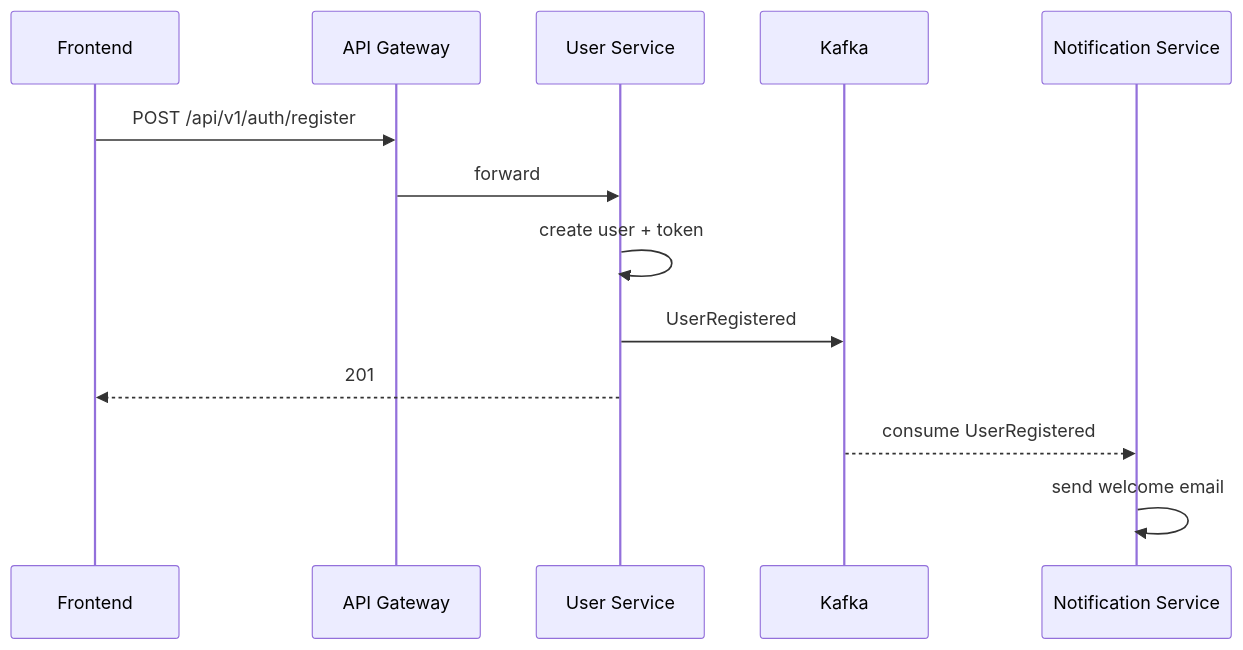
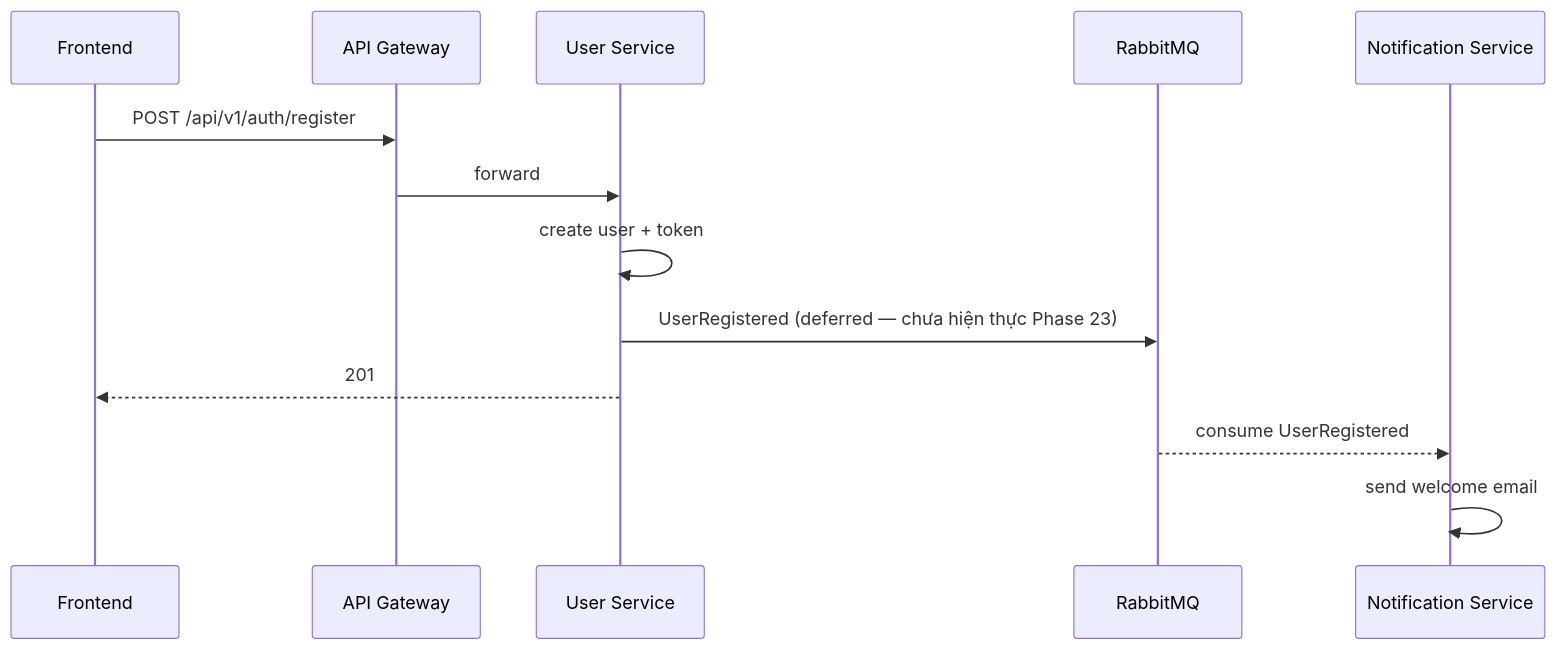
The first of 6 diagrams in architecture/02-sequence-diagrams.md (dminhduc250136/ptit_htpt), drawn with Mermaid before and after one commit. The commit also changed other lines of this file and 3 other files, not shown here.

````diff
--- a/architecture/02-sequence-diagrams.md
+++ b/architecture/02-sequence-diagrams.md
@@ -11,16 +17,16 @@
 ```mermaid
 sequenceDiagram
     participant FE as Frontend
     participant GW as API Gateway
     participant US as User Service
-    participant K as Kafka
+    participant MQ as RabbitMQ
     participant N as Notification Service
 
     FE->>GW: POST /api/v1/auth/register
     GW->>US: forward
     US->>US: create user + token
-    US->>K: UserRegistered
+    US->>MQ: UserRegistered (deferred — chưa hiện thực Phase 23)
     US-->>FE: 201
-    K-->>N: consume UserRegistered
+    MQ-->>N: consume UserRegistered
     N->>N: send welcome email
 ```
````
